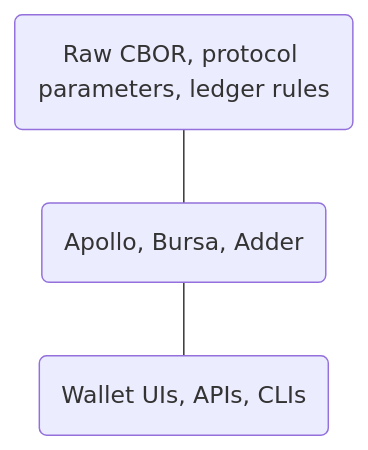
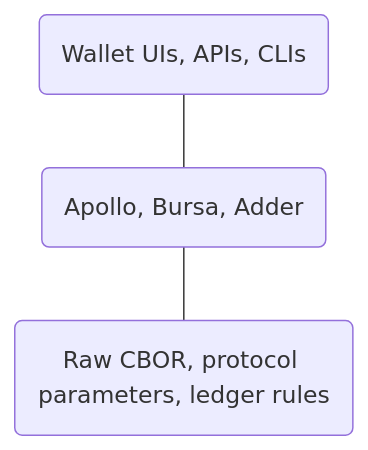
One commit to gimbalabs/cardano-go-pbl-2026 changed the second of 2 diagrams in lessons/100/100.4/why-Apollo.md. Above: the diagram before and after it, drawn with Mermaid. The commit also changed other lines of this file, not shown here.

````diff
--- a/lessons/100/100.4/why-Apollo.md
+++ b/lessons/100/100.4/why-Apollo.md
@@ -88,5 +90,5 @@
 ```mermaid
 flowchart TB
- Above( Raw CBOR, protocol parameters, ledger rules) --- Core(Apollo, Bursa, Adder)
- Core --- Below("Wallet UIs, APIs, CLIs")
+Above("Wallet UIs, APIs, CLIs") --- Core(Apollo, Bursa, Adder)
+Core --- Below("Raw CBOR, protocol parameters, ledger rules")
 ```
````
